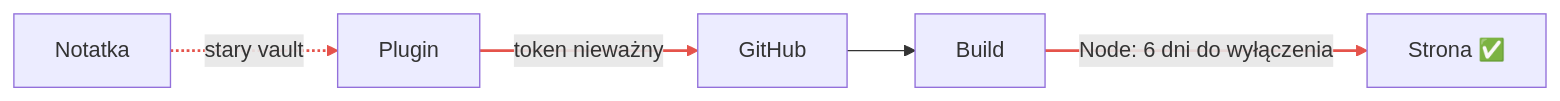
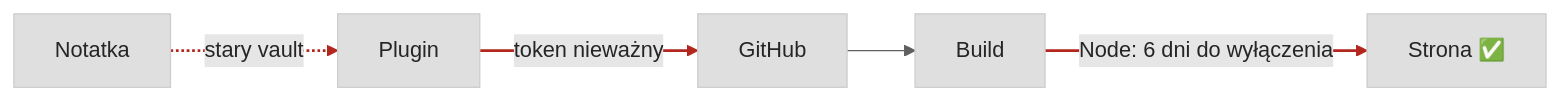
One commit to PanRada/panrada-digital-garden changed the diagram in src/site/notes/Writing/Garden/Notatki/Automatyzacja psuje się po cichu.md. Above: the diagram before and after it, drawn with Mermaid.

Commit message:
Published multiple files

````diff
--- a/src/site/notes/Writing/Garden/Notatki/Automatyzacja psuje się po cichu.md
+++ b/src/site/notes/Writing/Garden/Notatki/Automatyzacja psuje się po cichu.md
@@ -11,8 +11,9 @@
 ```mermaid
+%%{init: {"theme": "base", "themeVariables": {"primaryColor": "#dfdfdf", "primaryBorderColor": "#cdcecf", "primaryTextColor": "#252525", "lineColor": "#5f5f5f", "edgeLabelBackground": "#e6e6e6", "tertiaryColor": "#e6e6e6"}}}%%
 flowchart LR
     A["Notatka"] -. "stary vault" .-> B["Plugin"]
     B -- "token nieważny" --> C["GitHub"]
     C --> D["Build"]
     D -- "Node: 6 dni do wyłączenia" --> E["Strona ✅"]
-    linkStyle 0,1,3 stroke:#e5534b,stroke-width:2px
+    linkStyle 0,1,3 stroke:#b3261e,stroke-width:2px
 ```
````
